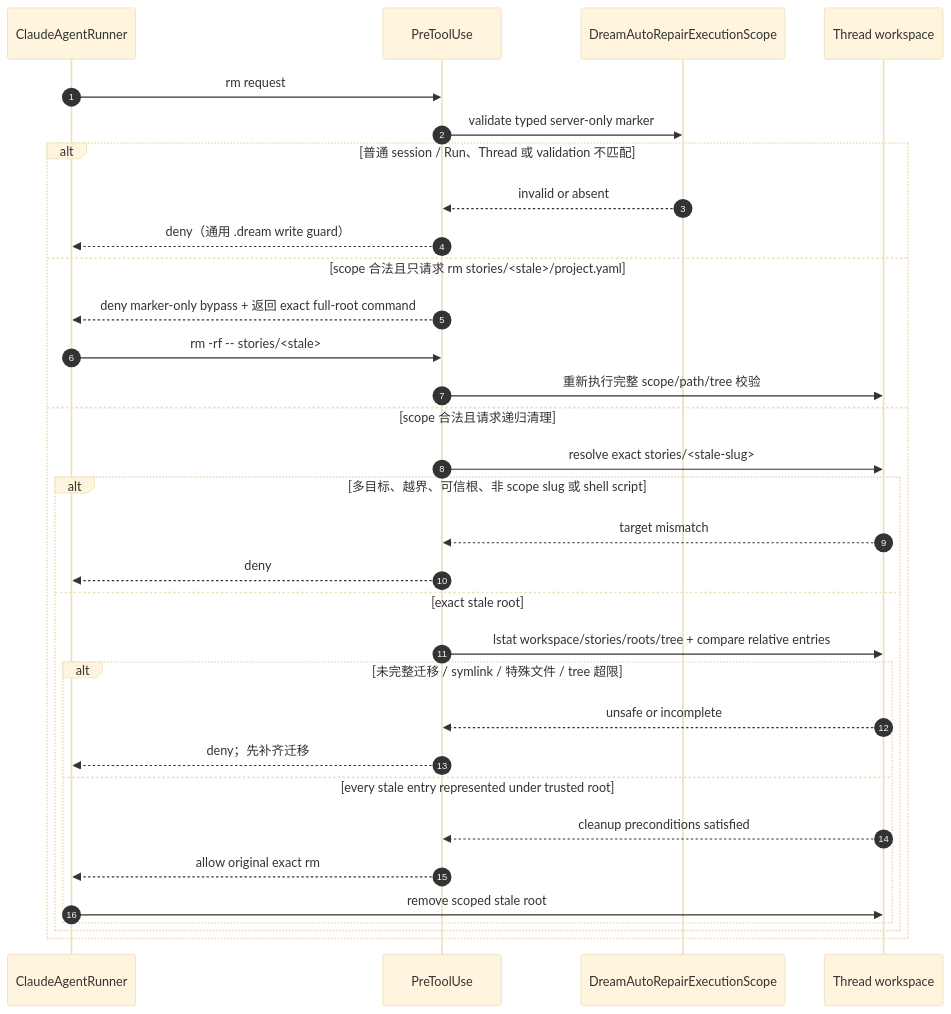
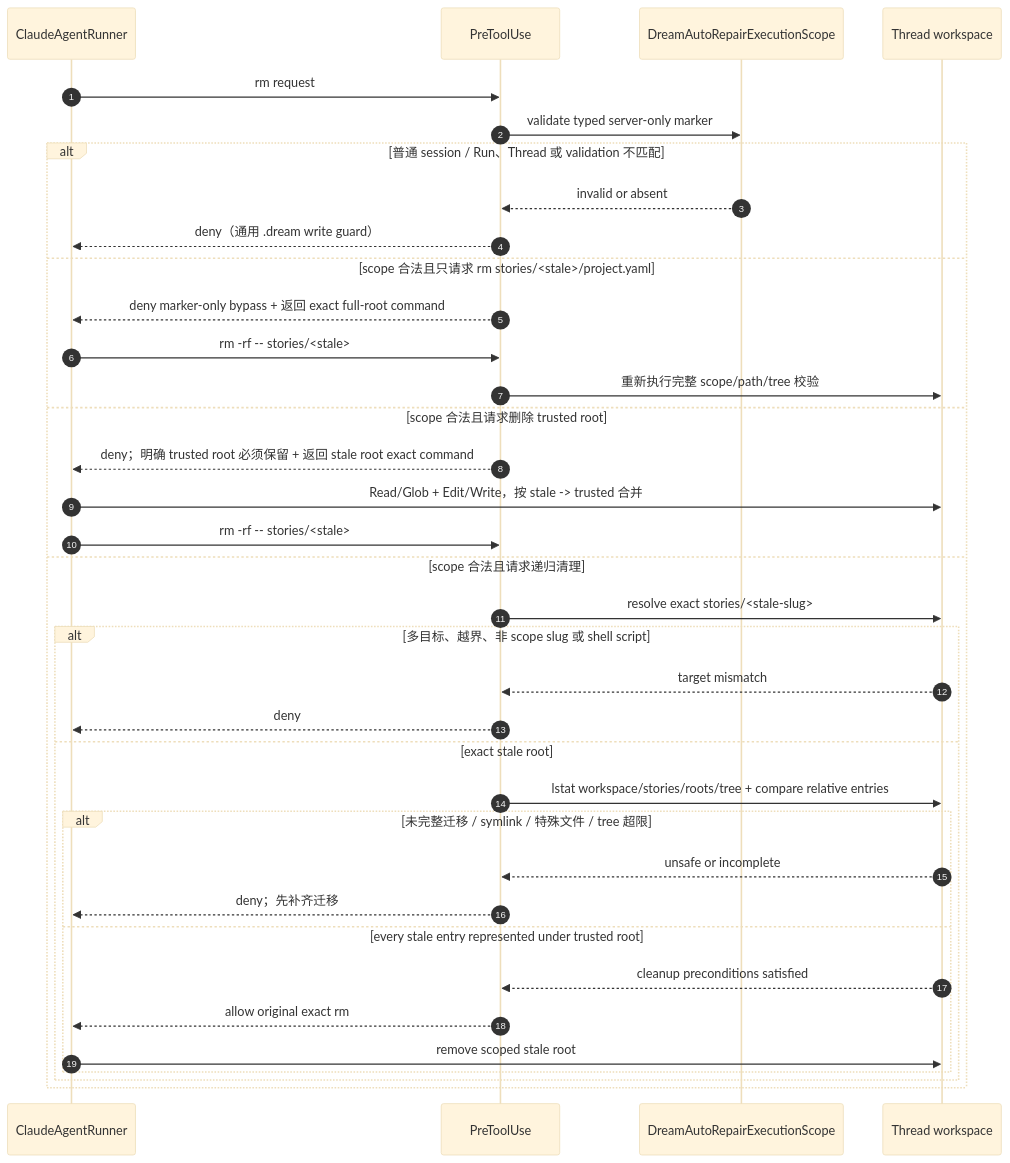
Before and after one commit to glide-the/im-dream: the third of 5 diagrams in docs/design/claude-agent/dream-workbench-auto-repair-sequence.md, drawn with Mermaid (base theme). The commit also changed other lines of this file and 23 other files, not shown here.

````diff
--- a/docs/design/claude-agent/dream-workbench-auto-repair-sequence.md
+++ b/docs/design/claude-agent/dream-workbench-auto-repair-sequence.md
@@ -139,35 +146,39 @@
 ```mermaid
 sequenceDiagram
     autonumber
     participant Claude as ClaudeAgentRunner
     participant Guard as PreToolUse
     participant Scope as DreamAutoRepairExecutionScope
     participant WS as Thread workspace
 
     Claude->>Guard: rm request
     Guard->>Scope: validate typed server-only marker
     alt 普通 session / Run、Thread 或 validation 不匹配
         Scope-->>Guard: invalid or absent
         Guard-->>Claude: deny（通用 .dream write guard）
     else scope 合法且只请求 rm stories/<stale>/project.yaml
         Guard-->>Claude: deny marker-only bypass + 返回 exact full-root command
         Claude->>Guard: rm -rf -- stories/<stale>
         Guard->>WS: 重新执行完整 scope/path/tree 校验
+    else scope 合法且请求删除 trusted root
+        Guard-->>Claude: deny；明确 trusted root 必须保留 + 返回 stale root exact command
+        Claude->>WS: Read/Glob + Edit/Write，按 stale -> trusted 合并
+        Claude->>Guard: rm -rf -- stories/<stale>
     else scope 合法且请求递归清理
         Guard->>WS: resolve exact stories/<stale-slug>
-        alt 多目标、越界、可信根、非 scope slug 或 shell script
+        alt 多目标、越界、非 scope slug 或 shell script
             WS-->>Guard: target mismatch
             Guard-->>Claude: deny
         else exact stale root
             Guard->>WS: lstat workspace/stories/roots/tree + compare relative entries
             alt 未完整迁移 / symlink / 特殊文件 / tree 超限
                 WS-->>Guard: unsafe or incomplete
                 Guard-->>Claude: deny；先补齐迁移
             else every stale entry represented under trusted root
                 WS-->>Guard: cleanup preconditions satisfied
                 Guard-->>Claude: allow original exact rm
                 Claude->>WS: remove scoped stale root
             end
         end
     end
 ```
````
